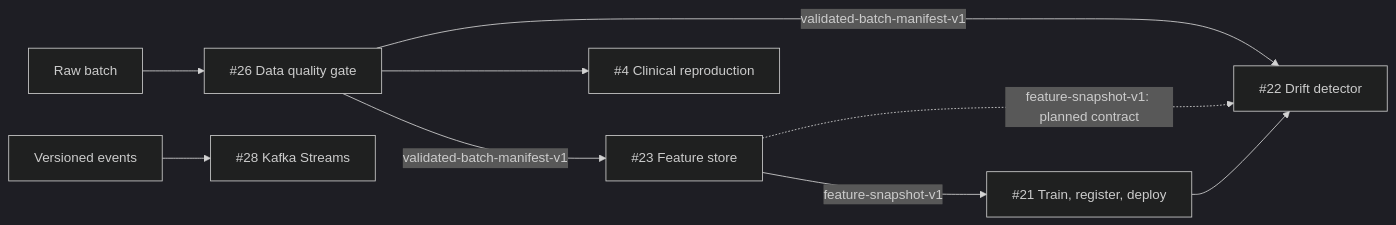
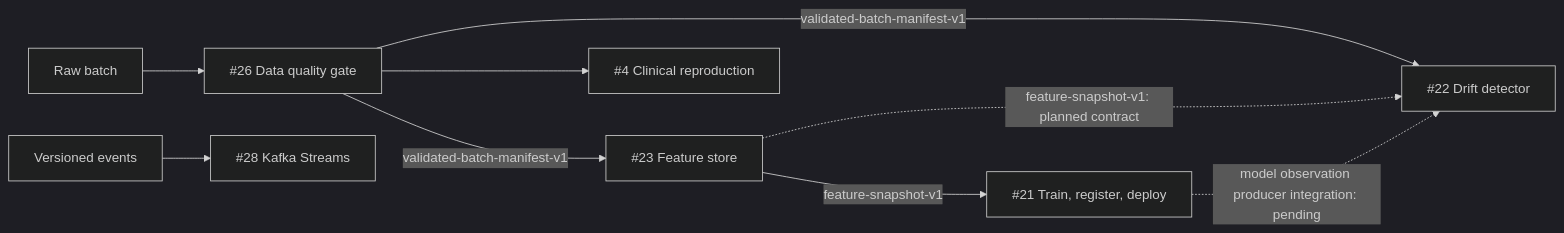
Before and after one commit to Brilhante29/portfolio-reuse-kit: the diagram in docs/mlops-data-platform.md, drawn with Mermaid (dark theme). The commit also changed other lines of this file and 23 other files, not shown here.

````diff
--- a/docs/mlops-data-platform.md
+++ b/docs/mlops-data-platform.md
@@ -18,11 +18,11 @@
 ```mermaid
 flowchart LR
   raw["Raw batch"] --> quality["#26 Data quality gate"]
   quality -->|"validated-batch-manifest-v1"| features["#23 Feature store"]
   features -->|"feature-snapshot-v1"| lifecycle["#21 Train, register, deploy"]
   quality -->|"validated-batch-manifest-v1"| drift["#22 Drift detector"]
   features -.->|"feature-snapshot-v1: planned contract"| drift
-  lifecycle --> drift
+  lifecycle -.->|"model observation producer integration: pending"| drift
   quality --> clinical["#4 Clinical reproduction"]
   events["Versioned events"] --> streams["#28 Kafka Streams"]
 ```
````
